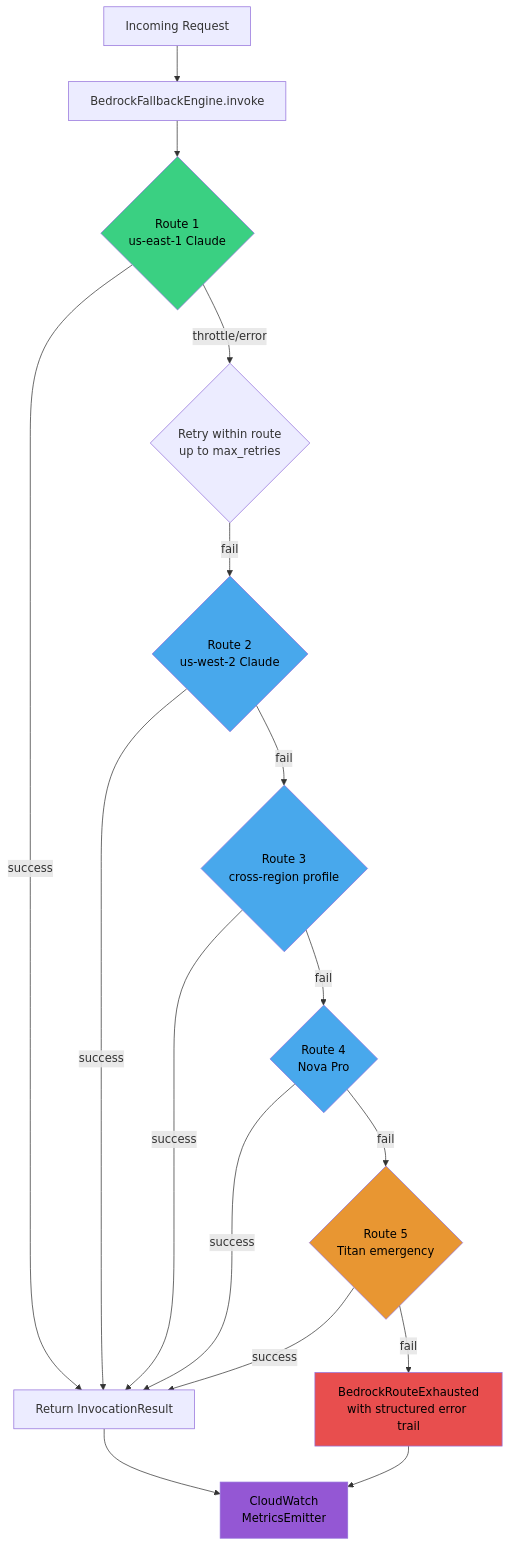
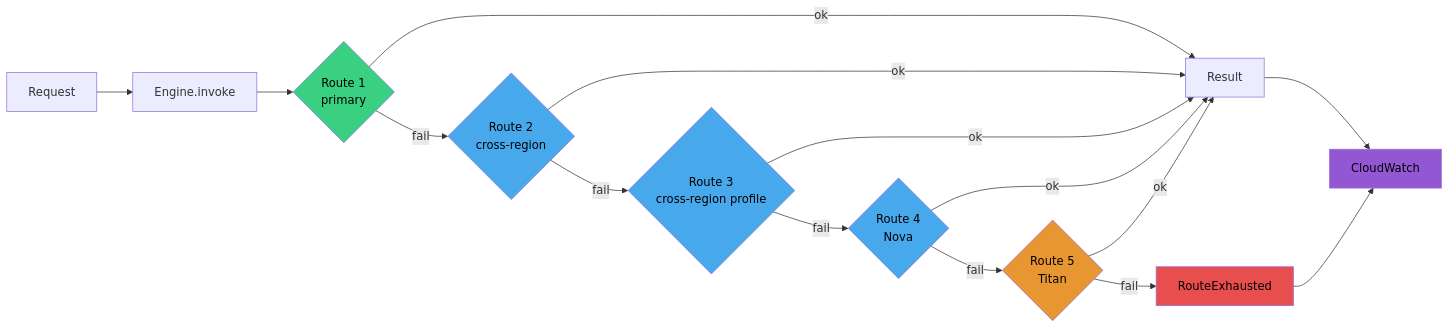
Before and after one commit to Jamie643/Bedrock-fallback-engine: the diagram in README.md, drawn with Mermaid. The commit also changed other lines of this file, not shown here.

````diff
--- a/README.md
+++ b/README.md
@@ -18,26 +18,25 @@
 ```mermaid
-flowchart TD
-    A[Incoming Request] --> B[BedrockFallbackEngine.invoke]
-    B --> C{Route 1<br/>us-east-1 Claude}
-    C -->|success| Z[Return InvocationResult]
-    C -->|throttle/error| D{Retry within route<br/>up to max_retries}
-    D -->|fail| E{Route 2<br/>us-west-2 Claude}
-    E -->|success| Z
-    E -->|fail| F{Route 3<br/>cross-region profile}
-    F -->|success| Z
-    F -->|fail| G{Route 4<br/>Nova Pro}
-    G -->|success| Z
-    G -->|fail| H{Route 5<br/>Titan emergency}
-    H -->|success| Z
-    H -->|fail| Y[BedrockRouteExhausted<br/>with structured error trail]
-    Z --> M[CloudWatch<br/>MetricsEmitter]
+flowchart LR
+    A[Request] --> B[Engine.invoke]
+    B --> C{Route 1<br/>primary}
+    C -->|fail| D{Route 2<br/>cross-region}
+    D -->|fail| E{Route 3<br/>cross-region profile}
+    E -->|fail| F{Route 4<br/>Nova}
+    F -->|fail| G{Route 5<br/>Titan}
+    C -->|ok| Z[Result]
+    D -->|ok| Z
+    E -->|ok| Z
+    F -->|ok| Z
+    G -->|ok| Z
+    G -->|fail| Y[RouteExhausted]
+    Z --> M[CloudWatch]
     Y --> M
-    
+
     style C fill:#3ad082,color:#000
+    style D fill:#48a8ec,color:#000
     style E fill:#48a8ec,color:#000
     style F fill:#48a8ec,color:#000
-    style G fill:#48a8ec,color:#000
-    style H fill:#e89632,color:#000
+    style G fill:#e89632,color:#000
     style Y fill:#e84e4e,color:#000
     style M fill:#9457d4,color:#000
 ```
````
